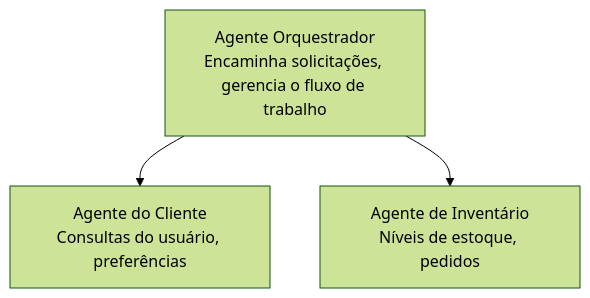
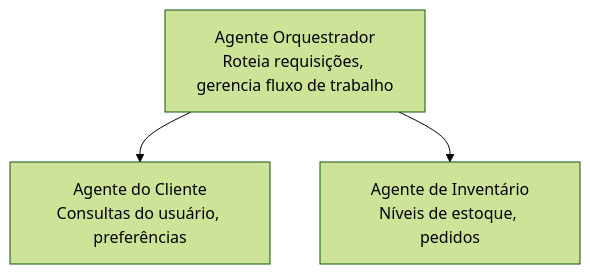
One commit to microsoft/AZD-for-beginners changed the diagram in translations/pt-BR/docs/chapter-05-multi-agent/README.md. Above: the diagram before and after it, drawn with Mermaid (forest theme). The commit also changed other lines of this file and 59 other files, not shown here.

````diff
--- a/translations/pt-BR/docs/chapter-05-multi-agent/README.md
+++ b/translations/pt-BR/docs/chapter-05-multi-agent/README.md
@@ -54,5 +54,5 @@
 ```mermaid
 graph TD
-    Orchestrator[Agente Orquestrador<br/>Encaminha solicitações, gerencia o fluxo de trabalho] --> Customer[Agente do Cliente<br/>Consultas do usuário, preferências]
+    Orchestrator[Agente Orquestrador<br/>Roteia requisições, gerencia fluxo de trabalho] --> Customer[Agente do Cliente<br/>Consultas do usuário, preferências]
     Orchestrator --> Inventory[Agente de Inventário<br/>Níveis de estoque, pedidos]
 ```
````
